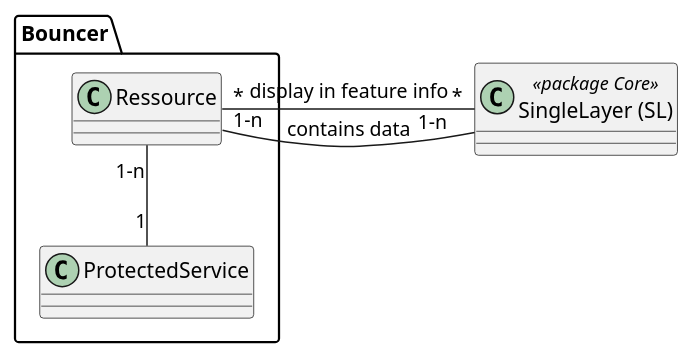
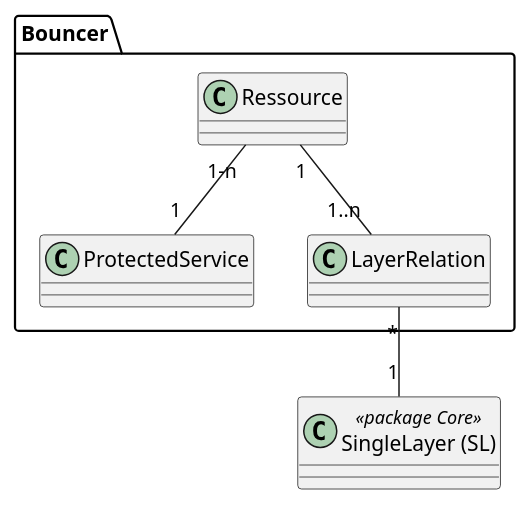
Before and after one commit to simi-so/mm: the diagram in puml/src/simi_bouncer.puml, drawn with PlantUML. The commit also changed 16 other files, not shown here.

```diff
--- a/puml/src/simi_bouncer.puml
+++ b/puml/src/simi_bouncer.puml
@@ -1,12 +1,14 @@
 @startuml
 class "SingleLayer (SL)" as sl << package Core >>
 
 package "Bouncer" {
 	class "ProtectedService" as ps
     class "Ressource" as res
+    class "LayerRelation" as lr
 }
 
-sl "1-n   " -left- "1-n" res : contains data
-sl "*" -left- "*" res : display in feature info
+res "1" -- "1..n" lr
+lr "*" -- "1" sl
+
 res "1-n" -- "1" ps
 @enduml
```
